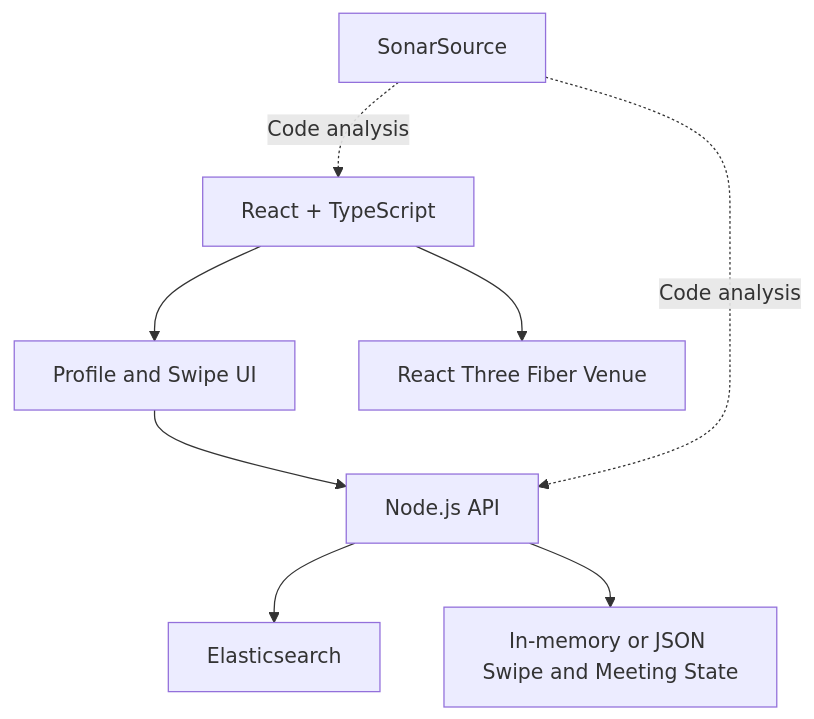
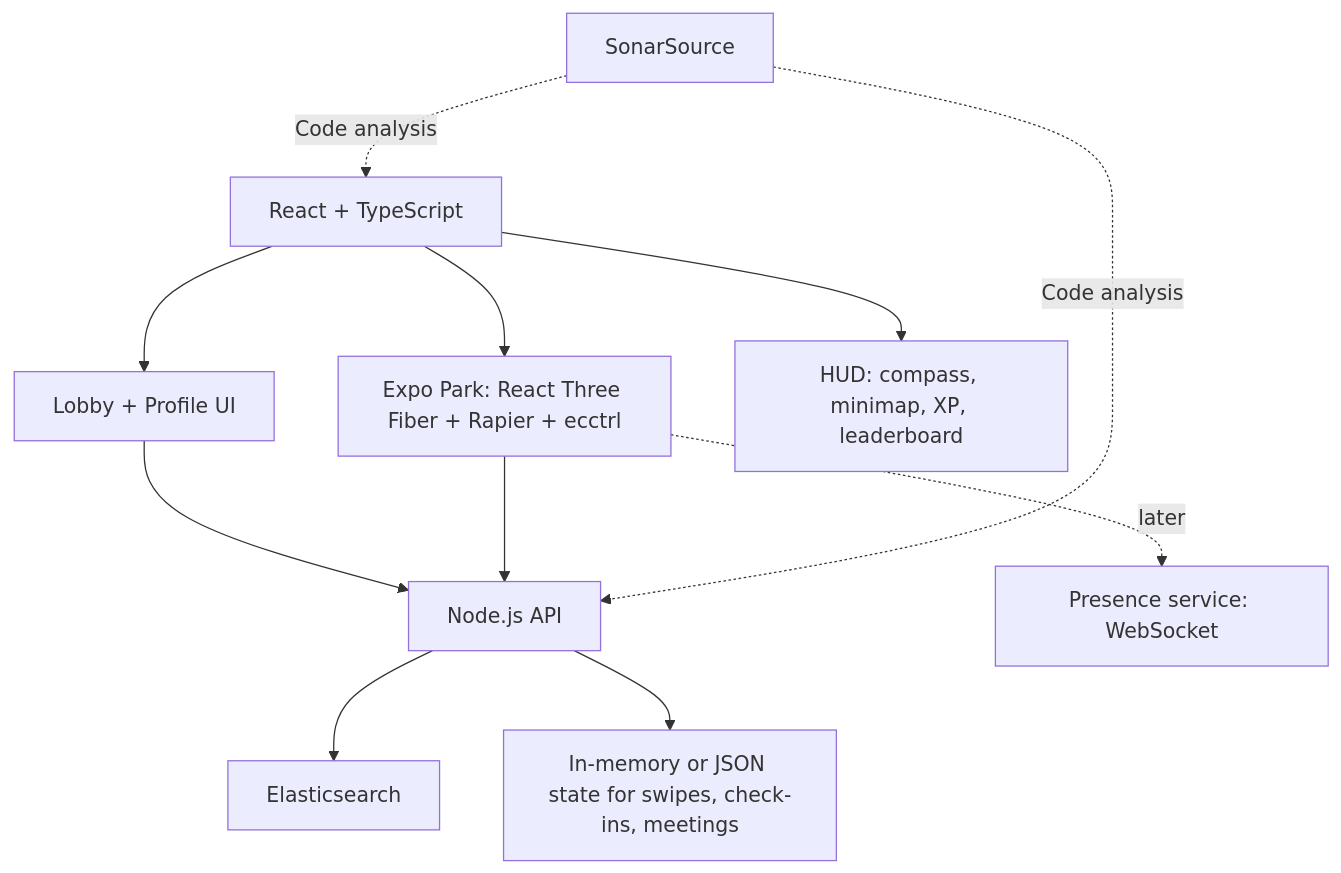
Before and after one commit to anonymousminh/salty-cluster: the second of 2 diagrams in MeetSpace_Hackathon_MVP.md, drawn with Mermaid. The commit also changed other lines of this file and 2 other files, not shown here.

First line of the commit message:
Update docs and MVP for the Expo Park game concept

````diff
--- a/MeetSpace_Hackathon_MVP.md
+++ b/MeetSpace_Hackathon_MVP.md
@@ -138,10 +146,13 @@
 ```mermaid
 flowchart TB
-    A[React + TypeScript] --> B[Profile and Swipe UI]
-    A --> C[React Three Fiber Venue]
+    A[React + TypeScript] --> B[Lobby + Profile UI]
+    A --> C[Expo Park: React Three Fiber + Rapier + ecctrl]
+    A --> H[HUD: compass, minimap, XP, leaderboard]
     B --> D[Node.js API]
+    C --> D
     D --> E[Elasticsearch]
-    D --> F[In-memory or JSON Swipe and Meeting State]
+    D --> F[In-memory or JSON state for swipes, check-ins, meetings]
+    C -. later .-> P[Presence service: WebSocket]
     G[SonarSource] -. Code analysis .-> A
     G -. Code analysis .-> D
 ```
````
